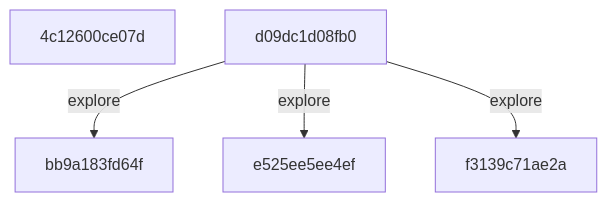
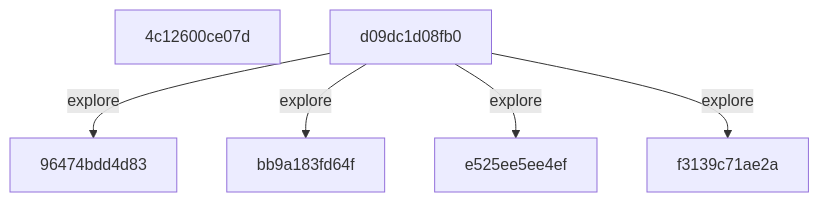
Before and after one commit to timbtz/feyer-search-lab: the diagram in README.md, drawn with Mermaid. The commit also changed other lines of this file and 1 other file, not shown here.

Commit message:
research: timbtz

````diff
--- a/README.md
+++ b/README.md
@@ -23,11 +23,13 @@
 ```mermaid
 graph TD
   c0["4c12600ce07d"]
-  c1["bb9a183fd64f"]
-  c2["d09dc1d08fb0"]
-  c3["e525ee5ee4ef"]
-  c4["f3139c71ae2a"]
-  c2 -->|explore| c1
-  c2 -->|explore| c3
-  c2 -->|explore| c4
+  c1["96474bdd4d83"]
+  c2["bb9a183fd64f"]
+  c3["d09dc1d08fb0"]
+  c4["e525ee5ee4ef"]
+  c5["f3139c71ae2a"]
+  c3 -->|explore| c1
+  c3 -->|explore| c2
+  c3 -->|explore| c4
+  c3 -->|explore| c5
 ```
````
